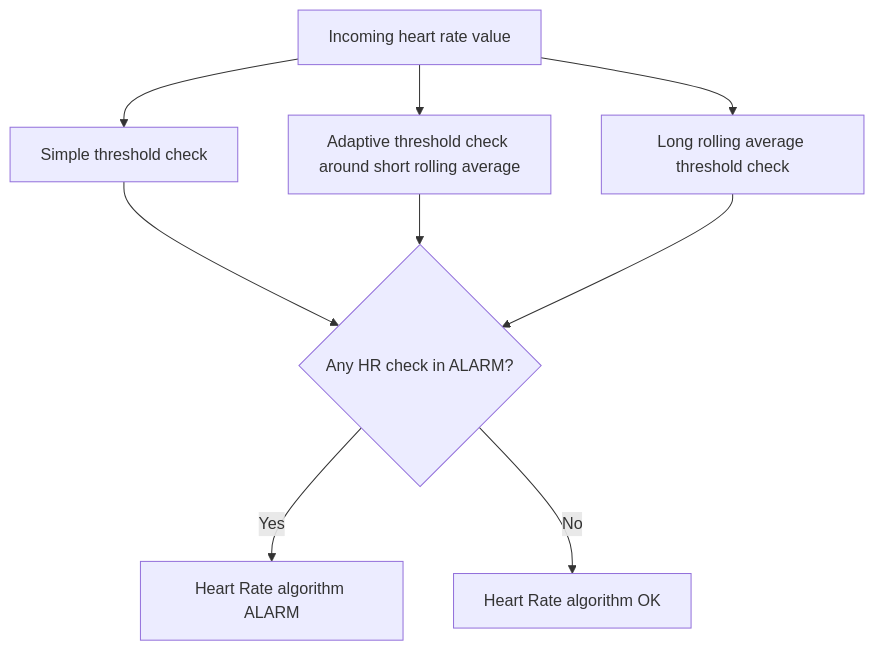
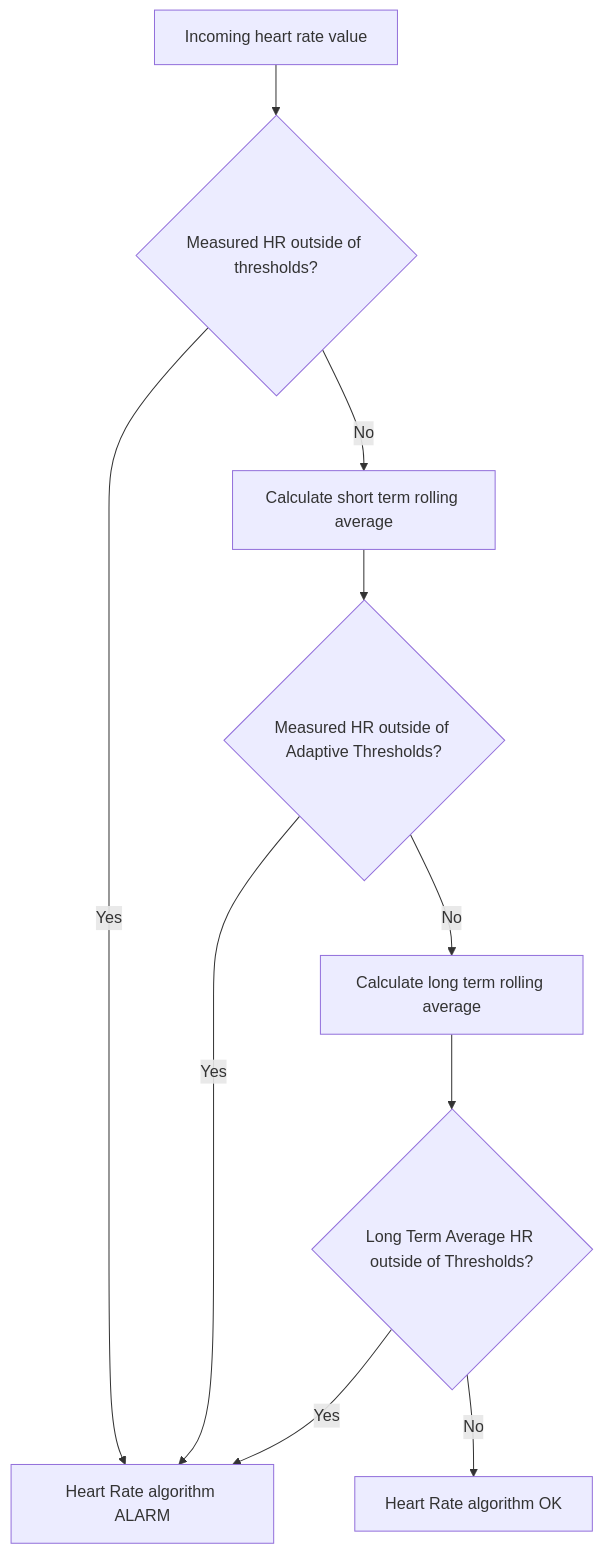
Before and after one commit to OpenSeizureDetector/openseizuredetector.github.io: the first of 4 diagrams in pages-user/seizure-detection/heart-rate-alarms.md, drawn with Mermaid. The commit also changed 30 other files, not shown here.

````diff
--- a/pages-user/seizure-detection/heart-rate-alarms.md
+++ b/pages-user/seizure-detection/heart-rate-alarms.md
@@ -13,11 +13,13 @@
 ```mermaid
 flowchart TD
-    A[Incoming heart rate value] --> B[Simple threshold check]
-    A --> C[Adaptive threshold check around short rolling average]
-    A --> D[Long rolling average threshold check]
-    B --> E{Any HR check in ALARM?}
-    C --> E
-    D --> E
+    A[Incoming heart rate value] 
+    A --> H{Measured HR outside of thresholds?}
+    H --> |Yes| F[Calculate Adaptive threshold from short term rolling average]
+    H --> |No | C[Calculate short term rolling average]
+    C --> E{Measured HR outside of Adaptive Thresholds?}
     E -->|Yes| F[Heart Rate algorithm ALARM]
-    E -->|No| G[Heart Rate algorithm OK]
+    E --> |No| D[Calculate long term rolling average]
+    D --> K{Long Term Average HR outside of Thresholds?}
+    K -->|Yes| F[Heart Rate algorithm ALARM]
+    K -->|No| G[Heart Rate algorithm OK]
 ```
````
